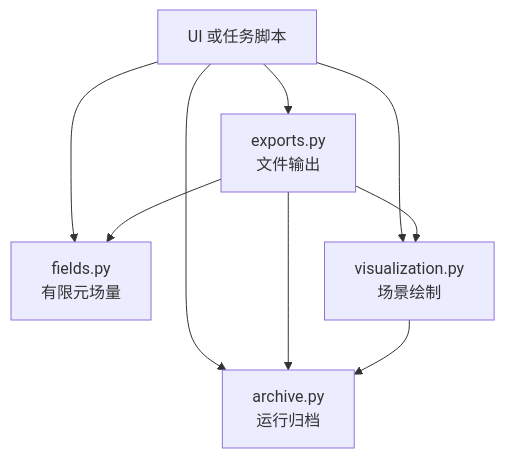
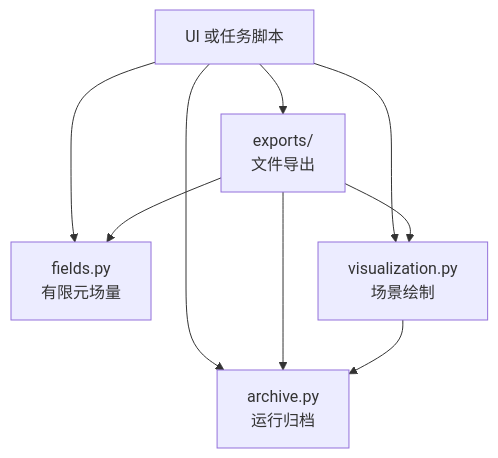
The diagram in docs/codestructure/results.md (sssnnn7119/morphopt), drawn with Mermaid before and after one commit. The commit also changed other lines of this file and 50 other files, not shown here.

````diff
--- a/docs/codestructure/results.md
+++ b/docs/codestructure/results.md
@@ -52,11 +57,11 @@
 ```mermaid
 flowchart TB
-    UI["UI 或任务脚本"] --> EXPORTS["exports.py<br/>文件输出"]
+    UI["UI 或任务脚本"] --> EXPORTS["exports/<br/>文件导出"]
     UI --> ARCHIVE["archive.py<br/>运行归档"]
     UI --> FIELDS["fields.py<br/>有限元场量"]
     UI --> VIEW["visualization.py<br/>场景绘制"]
     EXPORTS --> ARCHIVE
     EXPORTS --> FIELDS
     EXPORTS --> VIEW
     VIEW --> ARCHIVE
 ```
````
